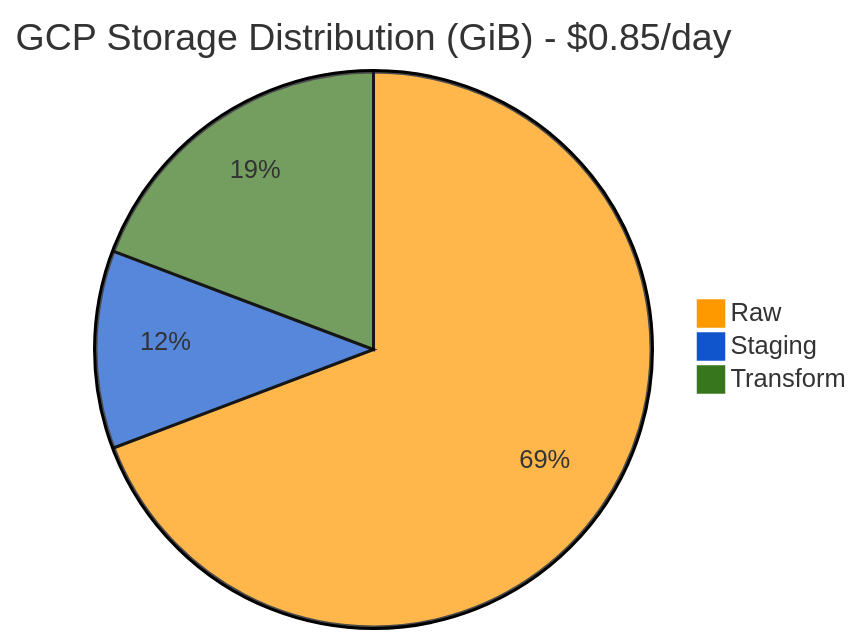
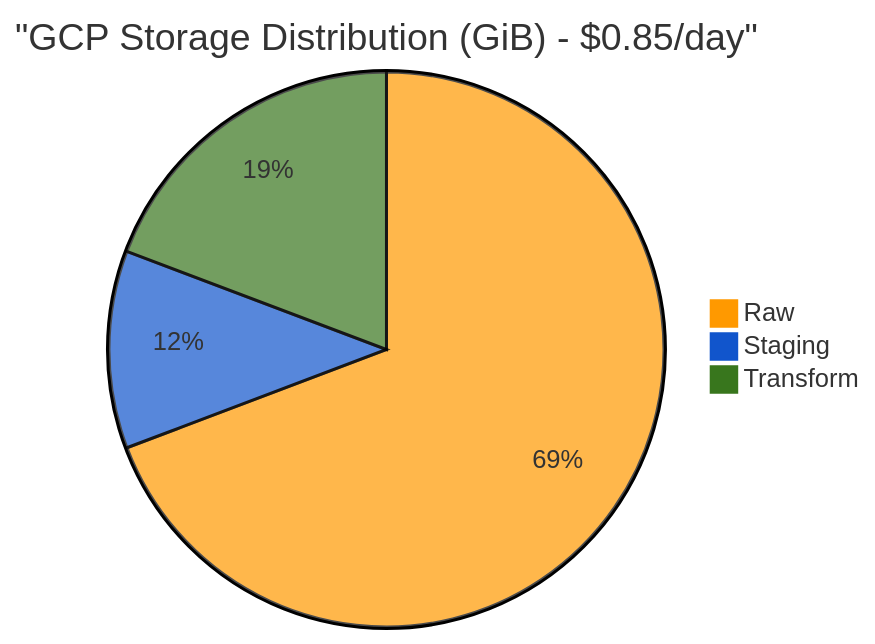
The second of 3 diagrams in README.md (nhudinh2103/Multi-platform-comparison-NYC-Taxi-dataset), drawn with Mermaid before and after one commit. The commit also changed other lines of this file, not shown here.

Commit message:
Update README.md; update table of contents and mermaid charts

````diff
--- a/README.md
+++ b/README.md
@@ -283,8 +285,8 @@
 ```mermaid
 %%{init: {'theme': 'base', 'themeVariables': { 'pie1': '#ff9900', 'pie2': '#1155cc', 'pie3': '#38761d'}}}%%
 pie
-    title GCP Storage Distribution (GiB) - $0.85/day
+    title "GCP Storage Distribution (GiB) - $0.85/day"
     "Raw" : 223.13
     "Staging" : 37.08
     "Transform" : 62.04
 ```
````
